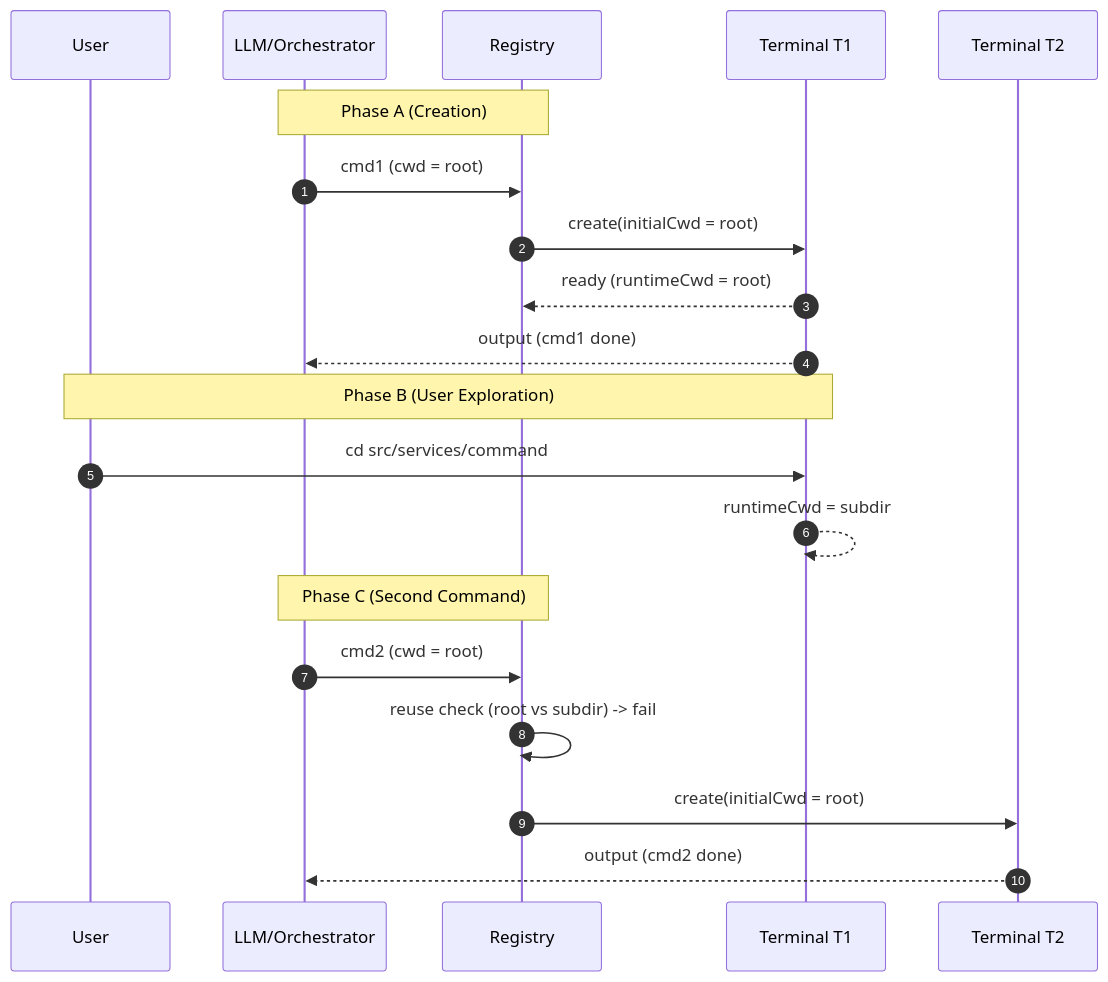
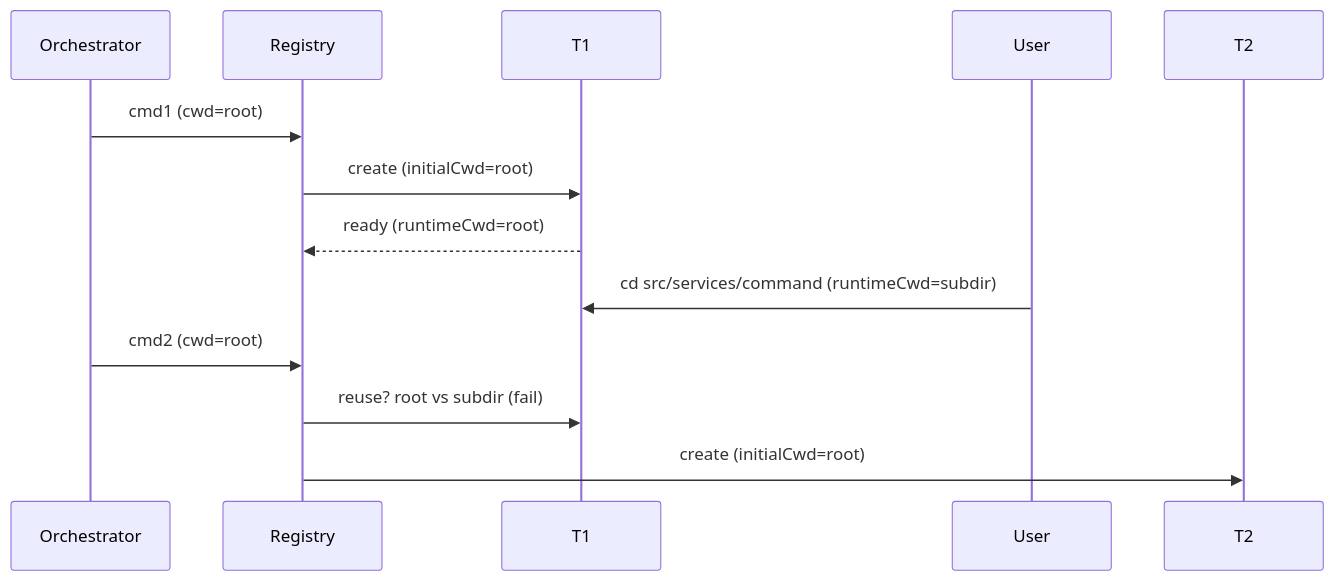
Before and after one commit to hs-matt/kilocode: the diagram in docs/CWD_TERMINAL_REUSE.md, drawn with Mermaid. The commit also changed other lines of this file, not shown here.

````diff
--- a/docs/CWD_TERMINAL_REUSE.md
+++ b/docs/CWD_TERMINAL_REUSE.md
@@ -219,25 +207,15 @@
 ```mermaid
 sequenceDiagram
-    autonumber
-    participant User
-    participant LLM as LLM/Orchestrator
-    participant Registry
-    participant T1 as Terminal T1
-    participant T2 as Terminal T2
-
-    Note over LLM,Registry: Phase A (Creation)
-    LLM->>Registry: cmd1 (cwd = root)
-    Registry->>T1: create(initialCwd = root)
-    T1-->>Registry: ready (runtimeCwd = root)
-    T1-->>LLM: output (cmd1 done)
-
-    Note over User,T1: Phase B (User Exploration)
-    User->>T1: cd src/services/command
-    T1-->>T1: runtimeCwd = subdir
-
-    Note over LLM,Registry: Phase C (Second Command)
-    LLM->>Registry: cmd2 (cwd = root)
-    Registry->>Registry: reuse check (root vs subdir) -> fail
-    Registry->>T2: create(initialCwd = root)
-    T2-->>LLM: output (cmd2 done)
+    participant L as Orchestrator
+    participant R as Registry
+    participant T1 as T1
+    participant U as User
+    participant T2 as T2
+    L->>R: cmd1 (cwd=root)
+    R->>T1: create (initialCwd=root)
+    T1-->>R: ready (runtimeCwd=root)
+    U->>T1: cd src/services/command (runtimeCwd=subdir)
+    L->>R: cmd2 (cwd=root)
+    R->>T1: reuse? root vs subdir (fail)
+    R->>T2: create (initialCwd=root)
 ```
````
